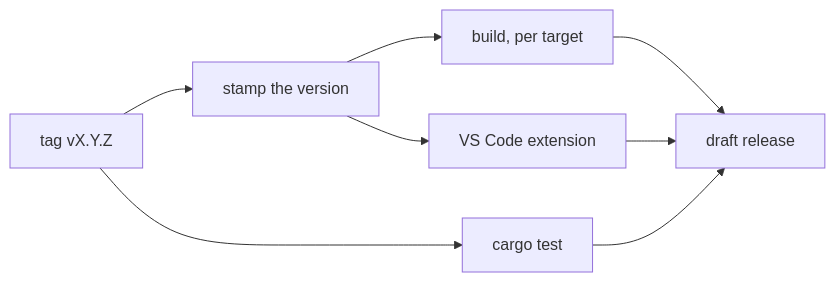
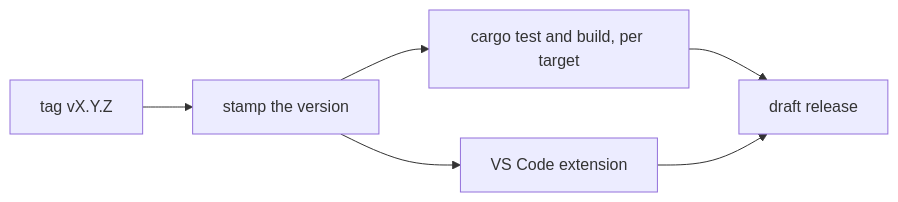
The diagram in docs/releasing.md (orbitscript-lang/OrbitScript), drawn with Mermaid before and after one commit. The commit also changed other lines of this file and 1 other file, not shown here.

Commit message:
Release: run cargo test on every target's runner before building it
Claude-Session: https://claude.ai/code/session_01Pp7s1CwEMHLTuuRYfwe3Zb

````diff
--- a/docs/releasing.md
+++ b/docs/releasing.md
@@ -24,10 +24,8 @@
 ```mermaid
 flowchart LR
     tag["tag vX.Y.Z"] --> version["stamp the version"]
-    version --> build["build, per target"]
+    version --> build["cargo test and build, per target"]
     version --> vscode["VS Code extension"]
-    tag --> test["cargo test"]
     build --> release["draft release"]
     vscode --> release
-    test --> release
 ```
````
